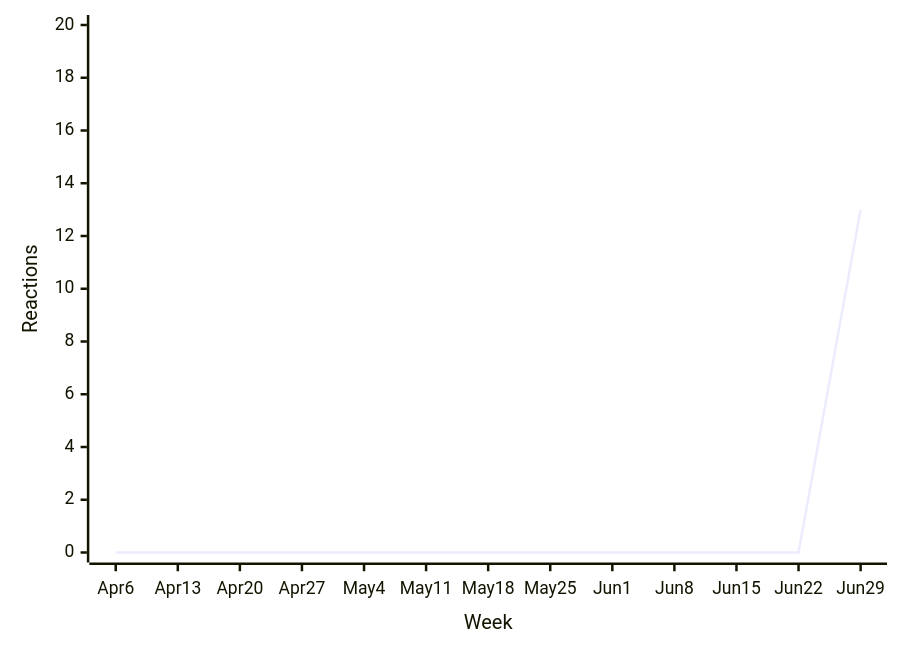
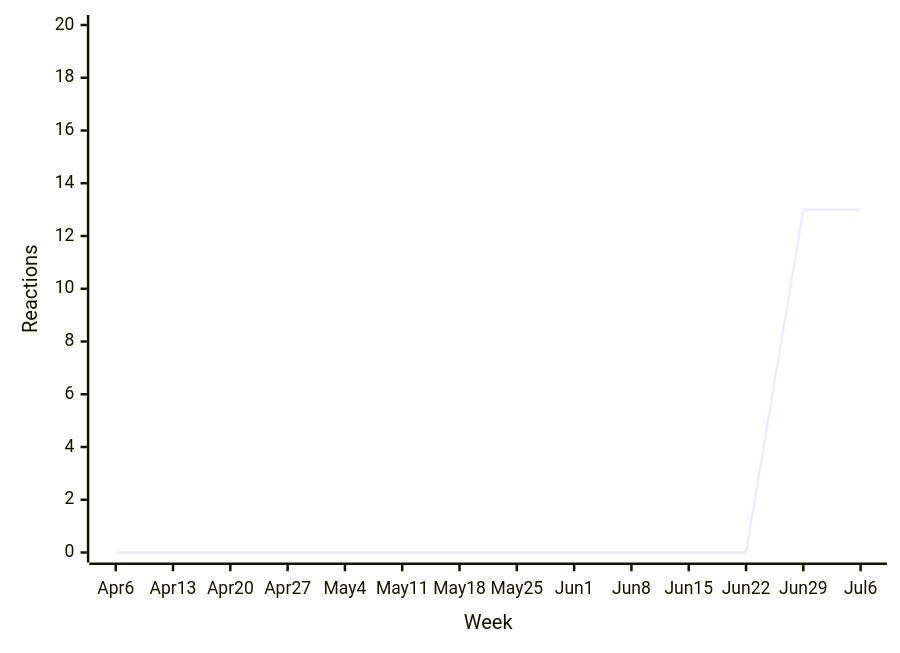
Before and after one commit to loic-sharma/github-insights: diagram 15 of 48 in README.md, drawn with Mermaid. The commit also changed other lines of this file and 3 other files, not shown here.

````diff
--- a/README.md
+++ b/README.md
@@ -577,6 +577,6 @@
   ```mermaid
   xychart-beta
-    x-axis "Week" [Apr 6, Apr 13, Apr 20, Apr 27, May 4, May 11, May 18, May 25, Jun 1, Jun 8, Jun 15, Jun 22, Jun 29]
+    x-axis "Week" [Apr 6, Apr 13, Apr 20, Apr 27, May 4, May 11, May 18, May 25, Jun 1, Jun 8, Jun 15, Jun 22, Jun 29, Jul 6]
     y-axis "Reactions" 0 --> 20
-    line [0, 0, 0, 0, 0, 0, 0, 0, 0, 0, 0, 0, 13]
+    line [0, 0, 0, 0, 0, 0, 0, 0, 0, 0, 0, 0, 13, 13]
   ```
````
